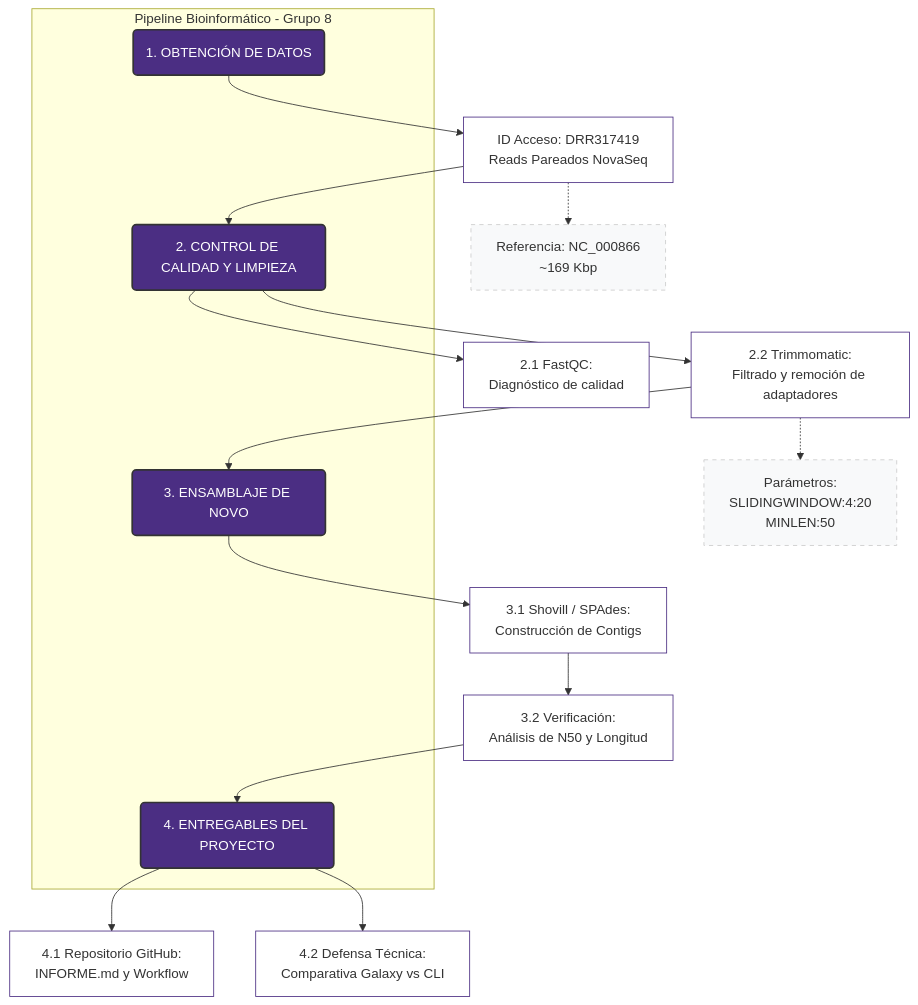
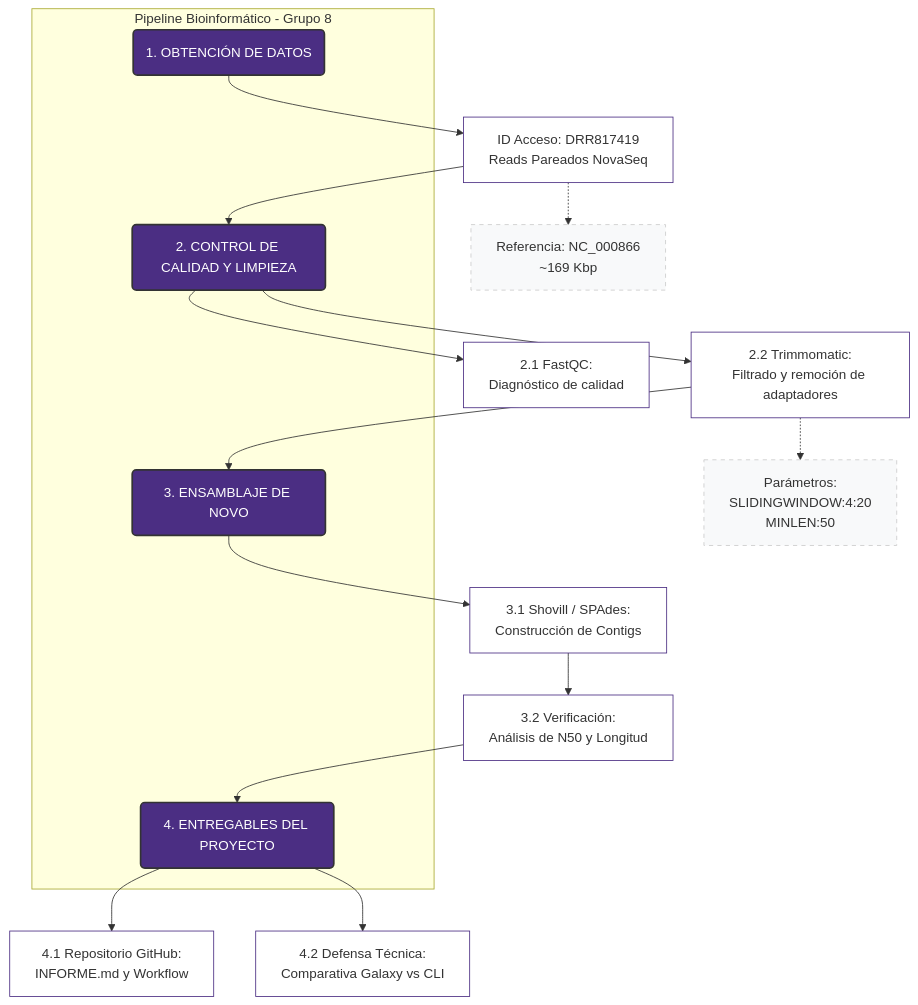
The diagram in README.md (exbc5181-stack/MBM_G8), drawn with Mermaid before and after one commit.

````diff
--- a/README.md
+++ b/README.md
@@ -45,52 +45,52 @@
 ```mermaid
 graph TD
     %% Estilos Globales
     classDef fase fill:#4b2e83,color:#fff,stroke:#333,stroke-width:2px;
     classDef subfase fill:#fff,stroke:#4b2e83,stroke-width:1px;
     classDef info fill:#f8f9fa,stroke:#ccc,stroke-dasharray: 5 5;
 
     %% ETAPA 1: OBTENCIÓN
     E1(1. OBTENCIÓN DE DATOS):::fase
-    SRA[ID Acceso: DRR317419<br/>Reads Pareados NovaSeq]:::subfase
+    SRA[ID Acceso: DRR817419<br/>Reads Pareados NovaSeq]:::subfase
     REF[Referencia: NC_000866<br/>~169 Kbp]:::info
 
     E1 --> SRA
     SRA -.-> REF
 
     %% ETAPA 2: QC Y LIMPIEZA
     E2(2. CONTROL DE CALIDAD Y LIMPIEZA):::fase
     QC[2.1 FastQC:<br/>Diagnóstico de calidad]:::subfase
     TRIM[2.2 Trimmomatic:<br/>Filtrado y remoción de adaptadores]:::subfase
     PARAM[Parámetros:<br/>SLIDINGWINDOW:4:20<br/>MINLEN:50]:::info
 
     SRA --> E2
     E2 --> QC
     E2 --> TRIM
     TRIM -.-> PARAM
 
     %% ETAPA 3: ENSAMBLAJE
     E3(3. ENSAMBLAJE DE NOVO):::fase
     SHOV[3.1 Shovill / SPAdes:<br/>Construcción de Contigs]:::subfase
     VER[3.2 Verificación:<br/>Análisis de N50 y Longitud]:::subfase
 
     TRIM --> E3
     E3 --> SHOV
     SHOV --> VER
 
     %% ETAPA 4: ENTREGABLES
     E4(4. ENTREGABLES DEL PROYECTO):::fase
     GIT[4.1 Repositorio GitHub:<br/>INFORME.md y Workflow]:::subfase
     DEF[4.2 Defensa Técnica:<br/>Comparativa Galaxy vs CLI]:::subfase
 
     VER --> E4
     E4 --> GIT
     E4 --> DEF
 
     %% Layout
     subgraph "Pipeline Bioinformático - Grupo 8"
     E1
     E2
     E3
     E4
     end
 ```
````
